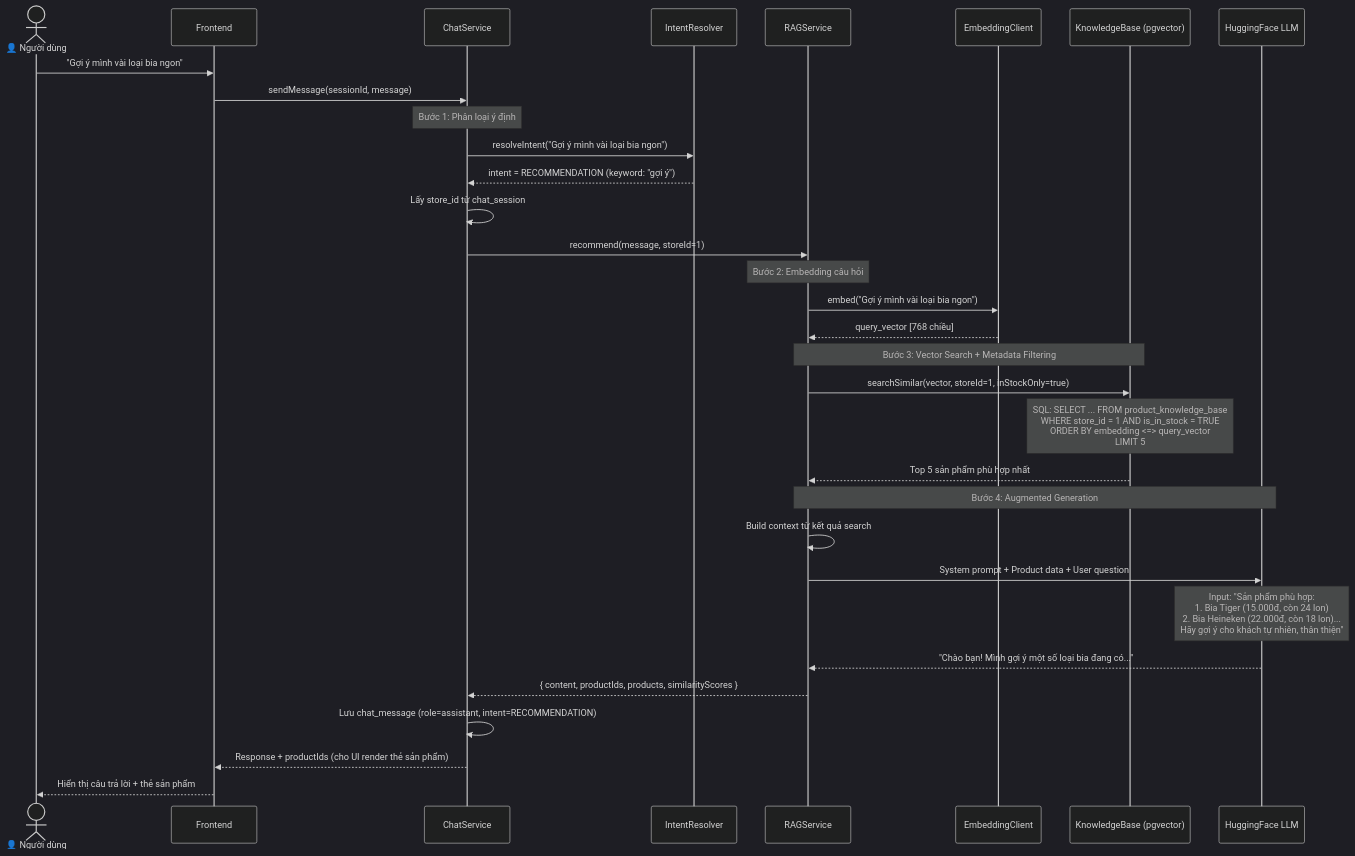
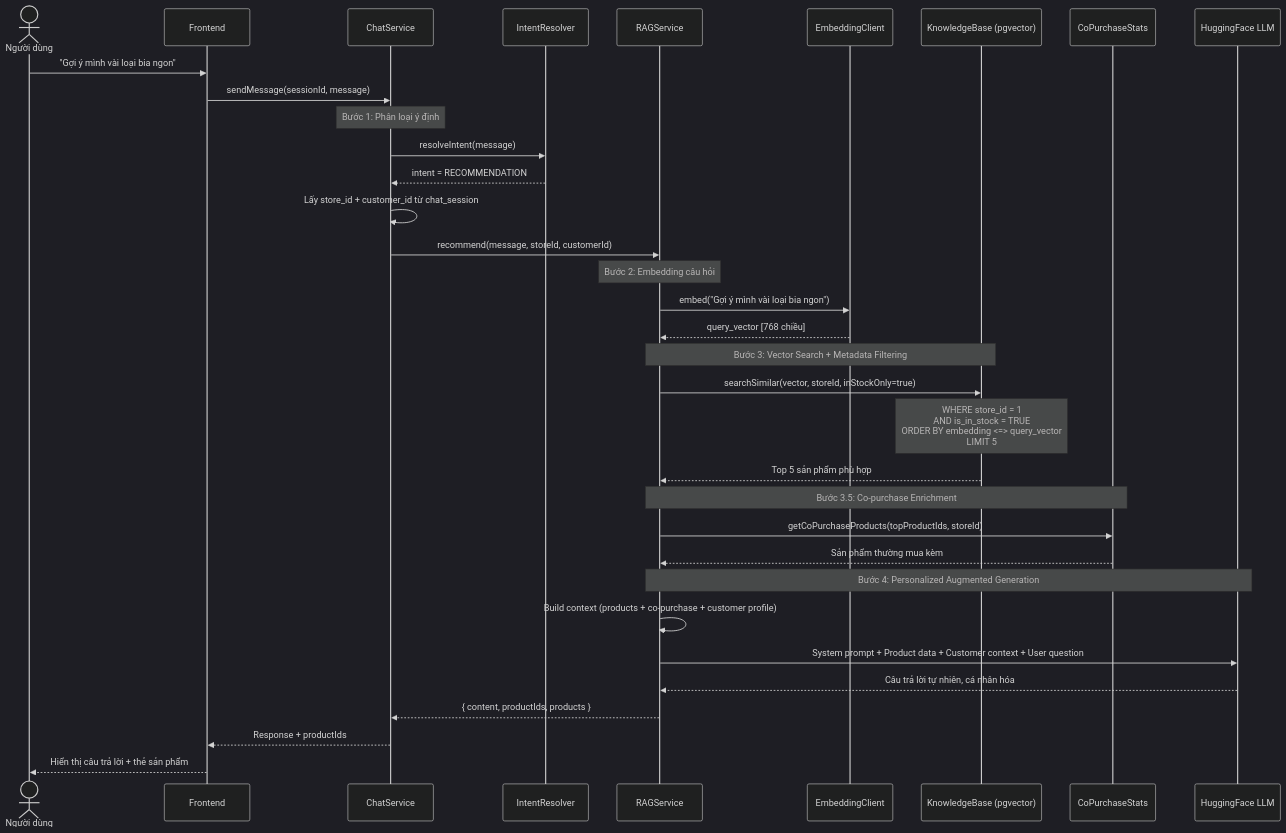
One commit to PhatNguyenTT2/microservices changed the sixth of 9 diagrams in docs/chatbot/bao-cao-chatbot-rag.md. Above: the diagram before and after it, drawn with Mermaid (dark theme). The commit also changed other lines of this file, not shown here.

````diff
--- a/docs/chatbot/bao-cao-chatbot-rag.md
+++ b/docs/chatbot/bao-cao-chatbot-rag.md
@@ -448,41 +391,44 @@
 ```mermaid
 sequenceDiagram
-    actor User as 👤 Người dùng
+    actor User as Người dùng
     participant FE as Frontend
     participant CS as ChatService
     participant IR as IntentResolver
     participant RAG as RAGService
     participant EMB as EmbeddingClient
     participant KB as KnowledgeBase (pgvector)
+    participant CP as CoPurchaseStats
     participant LLM as HuggingFace LLM
 
     User->>FE: "Gợi ý mình vài loại bia ngon"
     FE->>CS: sendMessage(sessionId, message)
 
     Note over CS: Bước 1: Phân loại ý định
-    CS->>IR: resolveIntent("Gợi ý mình vài loại bia ngon")
-    IR-->>CS: intent = RECOMMENDATION (keyword: "gợi ý")
+    CS->>IR: resolveIntent(message)
+    IR-->>CS: intent = RECOMMENDATION
 
-    CS->>CS: Lấy store_id từ chat_session
-    CS->>RAG: recommend(message, storeId=1)
+    CS->>CS: Lấy store_id + customer_id từ chat_session
+    CS->>RAG: recommend(message, storeId, customerId)
 
     Note over RAG: Bước 2: Embedding câu hỏi
     RAG->>EMB: embed("Gợi ý mình vài loại bia ngon")
     EMB-->>RAG: query_vector [768 chiều]
 
     Note over RAG,KB: Bước 3: Vector Search + Metadata Filtering
-    RAG->>KB: searchSimilar(vector, storeId=1, inStockOnly=true)
-    Note over KB: SQL: SELECT ... FROM product_knowledge_base<br/>WHERE store_id = 1 AND is_in_stock = TRUE<br/>ORDER BY embedding <=> query_vector<br/>LIMIT 5
-    KB-->>RAG: Top 5 sản phẩm phù hợp nhất
+    RAG->>KB: searchSimilar(vector, storeId, inStockOnly=true)
+    Note over KB: WHERE store_id = 1<br/>AND is_in_stock = TRUE<br/>ORDER BY embedding <=> query_vector<br/>LIMIT 5
+    KB-->>RAG: Top 5 sản phẩm phù hợp
 
-    Note over RAG,LLM: Bước 4: Augmented Generation
-    RAG->>RAG: Build context từ kết quả search
-    RAG->>LLM: System prompt + Product data + User question
-    Note over LLM: Input: "Sản phẩm phù hợp:<br/>1. Bia Tiger (15.000đ, còn 24 lon)<br/>2. Bia Heineken (22.000đ, còn 18 lon)...<br/>Hãy gợi ý cho khách tự nhiên, thân thiện"
-    LLM-->>RAG: "Chào bạn! Mình gợi ý một số loại bia đang có..."
+    Note over RAG,CP: Bước 3.5: Co-purchase Enrichment
+    RAG->>CP: getCoPurchaseProducts(topProductIds, storeId)
+    CP-->>RAG: Sản phẩm thường mua kèm
 
-    RAG-->>CS: { content, productIds, products, similarityScores }
-    CS->>CS: Lưu chat_message (role=assistant, intent=RECOMMENDATION)
-    CS-->>FE: Response + productIds (cho UI render thẻ sản phẩm)
+    Note over RAG,LLM: Bước 4: Personalized Augmented Generation
+    RAG->>RAG: Build context (products + co-purchase + customer profile)
+    RAG->>LLM: System prompt + Product data + Customer context + User question
+    LLM-->>RAG: Câu trả lời tự nhiên, cá nhân hóa
+
+    RAG-->>CS: { content, productIds, products }
+    CS-->>FE: Response + productIds
     FE-->>User: Hiển thị câu trả lời + thẻ sản phẩm
 ```
````
